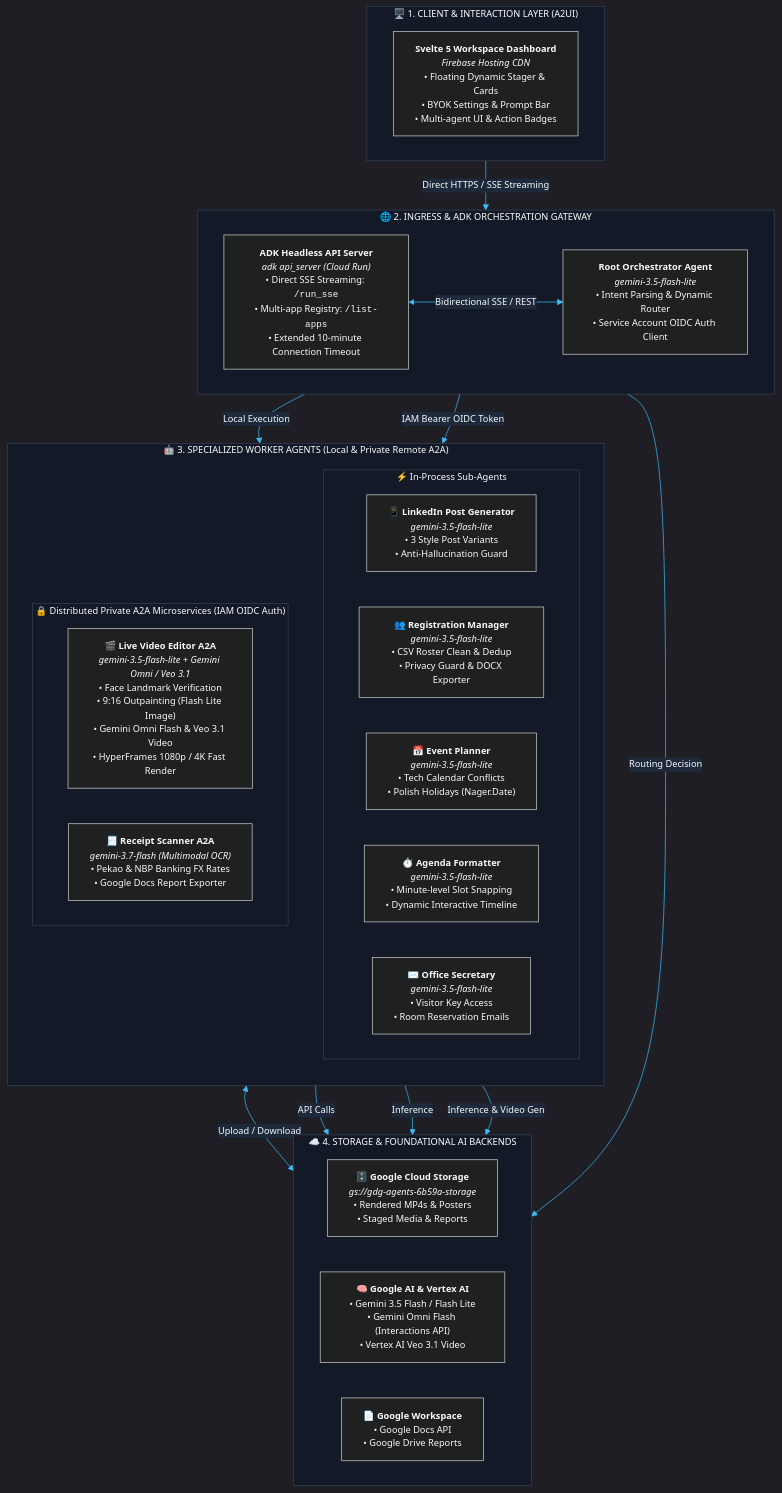
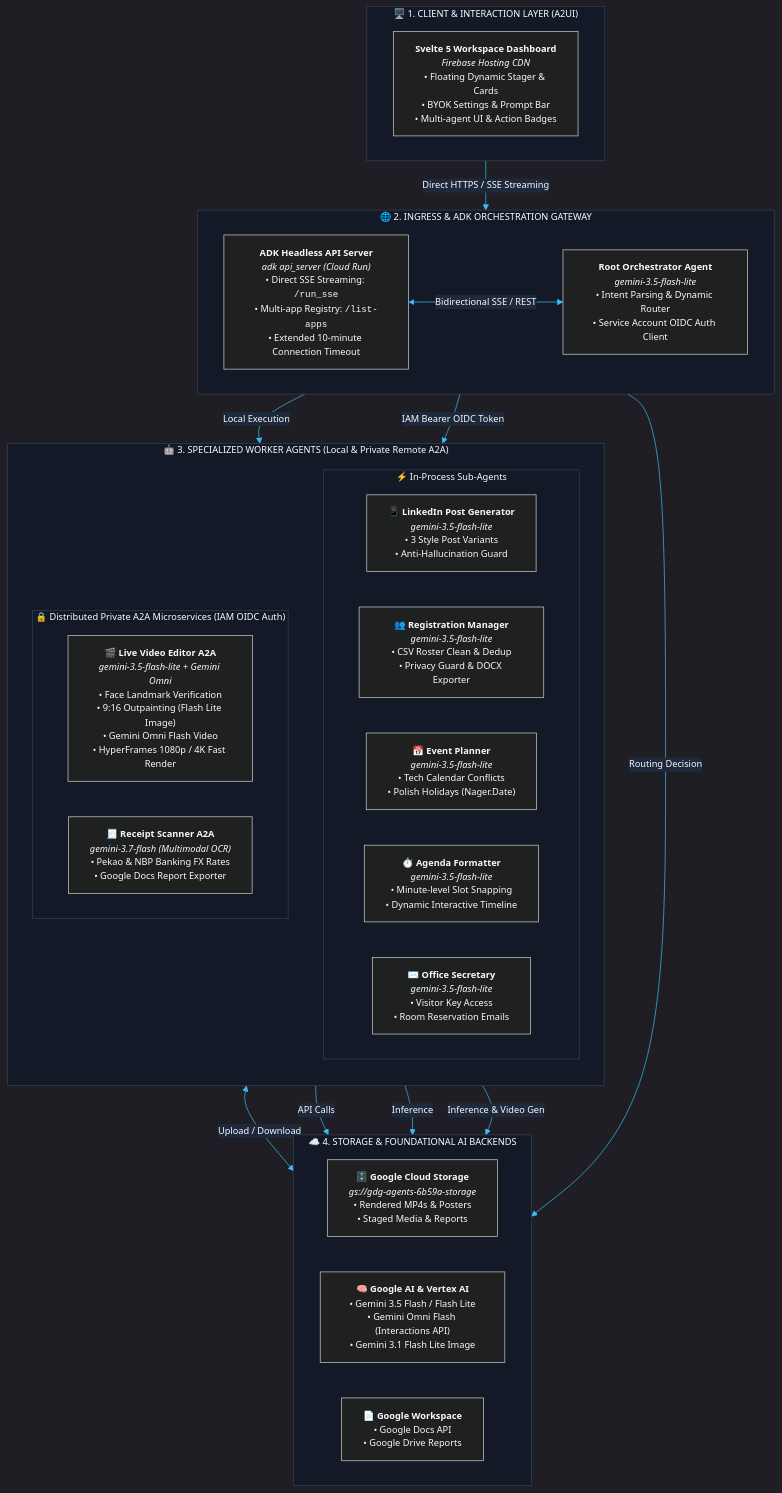
The diagram in docs/architecture.mmd (aplachykau-git/gdg_agents), drawn with Mermaid before and after one commit. The commit also changed 22 other files, not shown here.

Commit message:
feat(video-editor): add DevFest template animations, color randomizer, and increase title limit to 110

```diff
--- a/docs/architecture.mmd
+++ b/docs/architecture.mmd
@@ -1,67 +1,67 @@
 %%{init: {
   'theme': 'dark',
   'themeVariables': {
     'darkMode': true,
     'background': '#0f172a',
     'primaryColor': '#1e293b',
     'primaryTextColor': '#f8fafc',
     'primaryBorderColor': '#475569',
     'lineColor': '#38bdf8',
     'textColor': '#f8fafc',
     'fontSize': '13px',
     'fontFamily': 'Inter, system-ui, -apple-system, sans-serif',
     'clusterBkg': '#131926',
     'clusterBorder': '#334155',
     'edgeLabelBackground': '#1e293b',
     'tertiaryColor': '#1e293b',
     'tertiaryBorderColor': '#334155'
   }
 }}%%
 
 flowchart TB
     subgraph CLIENT_LAYER["🖥️ 1. CLIENT & INTERACTION LAYER (A2UI)"]
         direction LR
         UI["<b>Svelte 5 Workspace Dashboard</b><br/><i>Firebase Hosting CDN</i><br/>• Floating Dynamic Stager & Cards<br/>• BYOK Settings & Prompt Bar<br/>• Multi-agent UI & Action Badges"]
     end
 
     subgraph GATEWAY_LAYER["🌐 2. INGRESS & ADK ORCHESTRATION GATEWAY"]
         direction LR
         GW["<b>ADK Headless API Server</b><br/><i>adk api_server (Cloud Run)</i><br/>• Direct SSE Streaming: <code>/run_sse</code><br/>• Multi-app Registry: <code>/list-apps</code><br/>• Extended 10-minute Connection Timeout"]
         ROOT["<b>Root Orchestrator Agent</b><br/><i>gemini-3.5-flash-lite</i><br/>• Intent Parsing & Dynamic Router<br/>• Service Account OIDC Auth Client"]
         GW <-->|Bidirectional SSE / REST| ROOT
     end
 
     subgraph AGENT_LAYER["🤖 3. SPECIALIZED WORKER AGENTS (Local & Private Remote A2A)"]
         direction TB
         
         subgraph LOCAL_AGENTS["⚡ In-Process Sub-Agents"]
             direction LR
             A_LINKEDIN["📱 <b>LinkedIn Post Generator</b><br/><i>gemini-3.5-flash-lite</i><br/>• 3 Style Post Variants<br/>• Anti-Hallucination Guard"]
             A_REG["👥 <b>Registration Manager</b><br/><i>gemini-3.5-flash-lite</i><br/>• CSV Roster Clean & Dedup<br/>• Privacy Guard & DOCX Exporter"]
             A_PLANNER["📅 <b>Event Planner</b><br/><i>gemini-3.5-flash-lite</i><br/>• Tech Calendar Conflicts<br/>• Polish Holidays (Nager.Date)"]
             A_AGENDA["⏱️ <b>Agenda Formatter</b><br/><i>gemini-3.5-flash-lite</i><br/>• Minute-level Slot Snapping<br/>• Dynamic Interactive Timeline"]
             A_OFFICE["✉️ <b>Office Secretary</b><br/><i>gemini-3.5-flash-lite</i><br/>• Visitor Key Access<br/>• Room Reservation Emails"]
         end
 
         subgraph REMOTE_A2A["🔒 Distributed Private A2A Microservices (IAM OIDC Auth)"]
             direction LR
-            A_VIDEO["🎬 <b>Live Video Editor A2A</b><br/><i>gemini-3.5-flash-lite + Gemini Omni / Veo 3.1</i><br/>• Face Landmark Verification<br/>• 9:16 Outpainting (Flash Lite Image)<br/>• Gemini Omni Flash & Veo 3.1 Video<br/>• HyperFrames 1080p / 4K Fast Render"]
+            A_VIDEO["🎬 <b>Live Video Editor A2A</b><br/><i>gemini-3.5-flash-lite + Gemini Omni</i><br/>• Face Landmark Verification<br/>• 9:16 Outpainting (Flash Lite Image)<br/>• Gemini Omni Flash Video<br/>• HyperFrames 1080p / 4K Fast Render"]
             A_RECEIPT["🧾 <b>Receipt Scanner A2A</b><br/><i>gemini-3.7-flash (Multimodal OCR)</i><br/>• Pekao & NBP Banking FX Rates<br/>• Google Docs Report Exporter"]
         end
     end
 
     subgraph INFRA_LAYER["☁️ 4. STORAGE & FOUNDATIONAL AI BACKENDS"]
         direction LR
         GCS["🗄️ <b>Google Cloud Storage</b><br/><i>gs://gdg-agents-6b59a-storage</i><br/>• Rendered MP4s & Posters<br/>• Staged Media & Reports"]
-        AI_BACKEND["🧠 <b>Google AI & Vertex AI</b><br/>• Gemini 3.5 Flash / Flash Lite<br/>• Gemini Omni Flash (Interactions API)<br/>• Vertex AI Veo 3.1 Video"]
+        AI_BACKEND["🧠 <b>Google AI & Vertex AI</b><br/>• Gemini 3.5 Flash / Flash Lite<br/>• Gemini Omni Flash (Interactions API)<br/>• Gemini 3.1 Flash Lite Image"]
         WORKSPACE["📄 <b>Google Workspace</b><br/>• Google Docs API<br/>• Google Drive Reports"]
     end
 
     UI -->|Direct HTTPS / SSE Streaming| GW
     ROOT -->|Local Execution| LOCAL_AGENTS
     ROOT -->|IAM Bearer OIDC Token| REMOTE_A2A
     REMOTE_A2A <-->|Upload / Download| GCS
     LOCAL_AGENTS -->|API Calls| WORKSPACE
     LOCAL_AGENTS -->|Inference| AI_BACKEND
     REMOTE_A2A -->|Inference & Video Gen| AI_BACKEND
     ROOT -->|Routing Decision| AI_BACKEND
```
